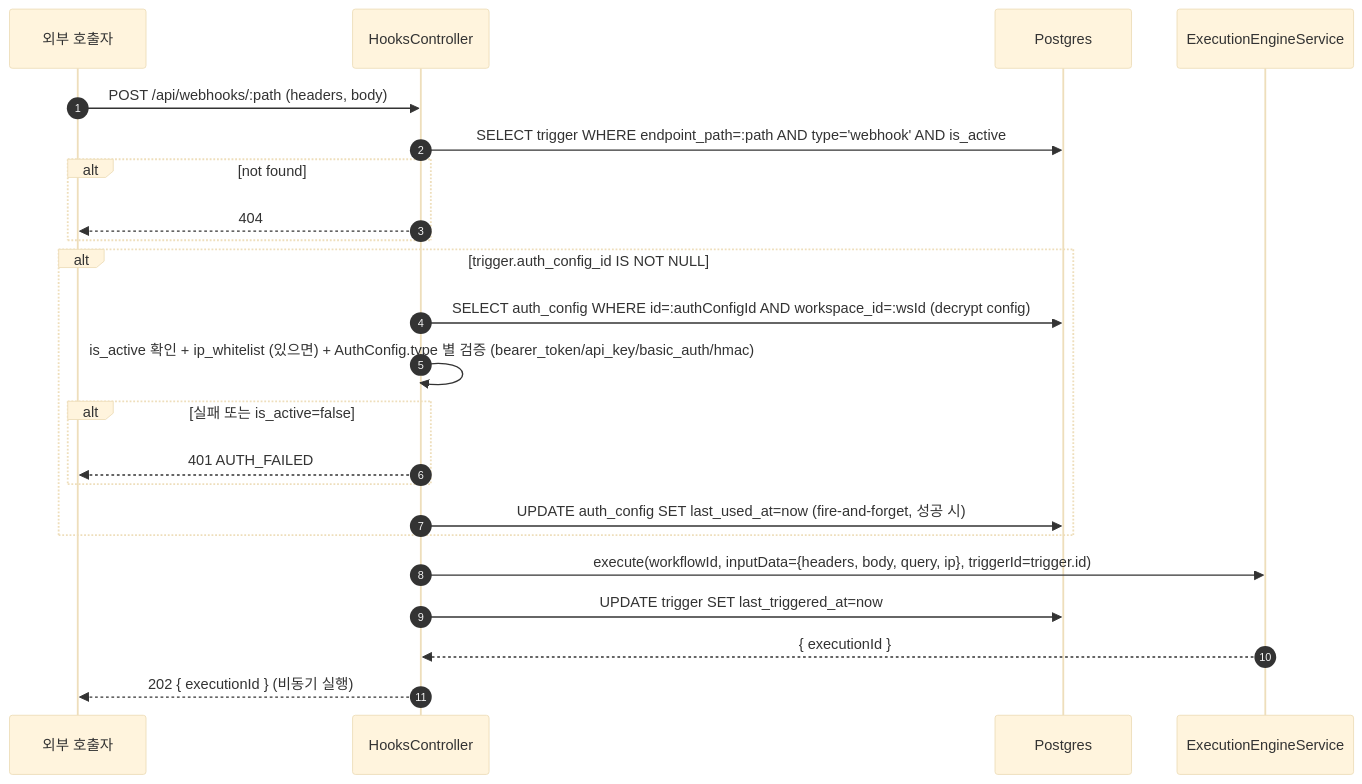
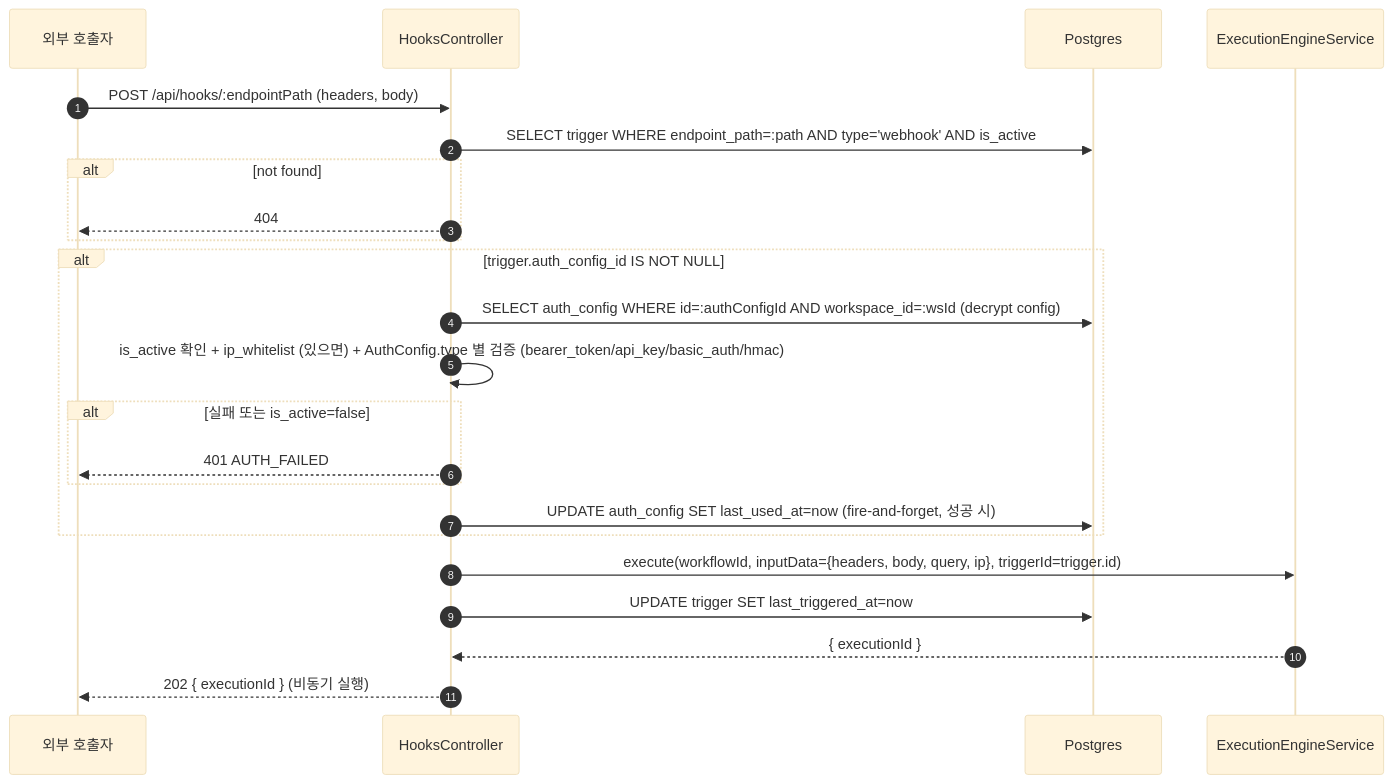
The second of 3 diagrams in spec/data-flow/10-triggers.md (worker-ants/clemvion), drawn with Mermaid (base theme) before and after one commit. The commit also changed other lines of this file and 21 other files, not shown here.

````diff
--- a/spec/data-flow/10-triggers.md
+++ b/spec/data-flow/10-triggers.md
@@ -46,26 +46,26 @@
 ```mermaid
 sequenceDiagram
   autonumber
   participant Ext as 외부 호출자
   participant Hk as HooksController
   participant PG as Postgres
   participant Eng as ExecutionEngineService
 
-  Ext->>Hk: POST /api/webhooks/:path (headers, body)
+  Ext->>Hk: POST /api/hooks/:endpointPath (headers, body)
   Hk->>PG: SELECT trigger WHERE endpoint_path=:path AND type='webhook' AND is_active
   alt not found
     Hk-->>Ext: 404
   end
   alt trigger.auth_config_id IS NOT NULL
     Hk->>PG: SELECT auth_config WHERE id=:authConfigId AND workspace_id=:wsId (decrypt config)
     Hk->>Hk: is_active 확인 + ip_whitelist (있으면) + AuthConfig.type 별 검증 (bearer_token/api_key/basic_auth/hmac)
     alt 실패 또는 is_active=false
       Hk-->>Ext: 401 AUTH_FAILED
     end
     Hk->>PG: UPDATE auth_config SET last_used_at=now (fire-and-forget, 성공 시)
   end
   Hk->>Eng: execute(workflowId, inputData={headers, body, query, ip}, triggerId=trigger.id)
   Hk->>PG: UPDATE trigger SET last_triggered_at=now
   Eng-->>Hk: { executionId }
   Hk-->>Ext: 202 { executionId } (비동기 실행)
 ```
````
